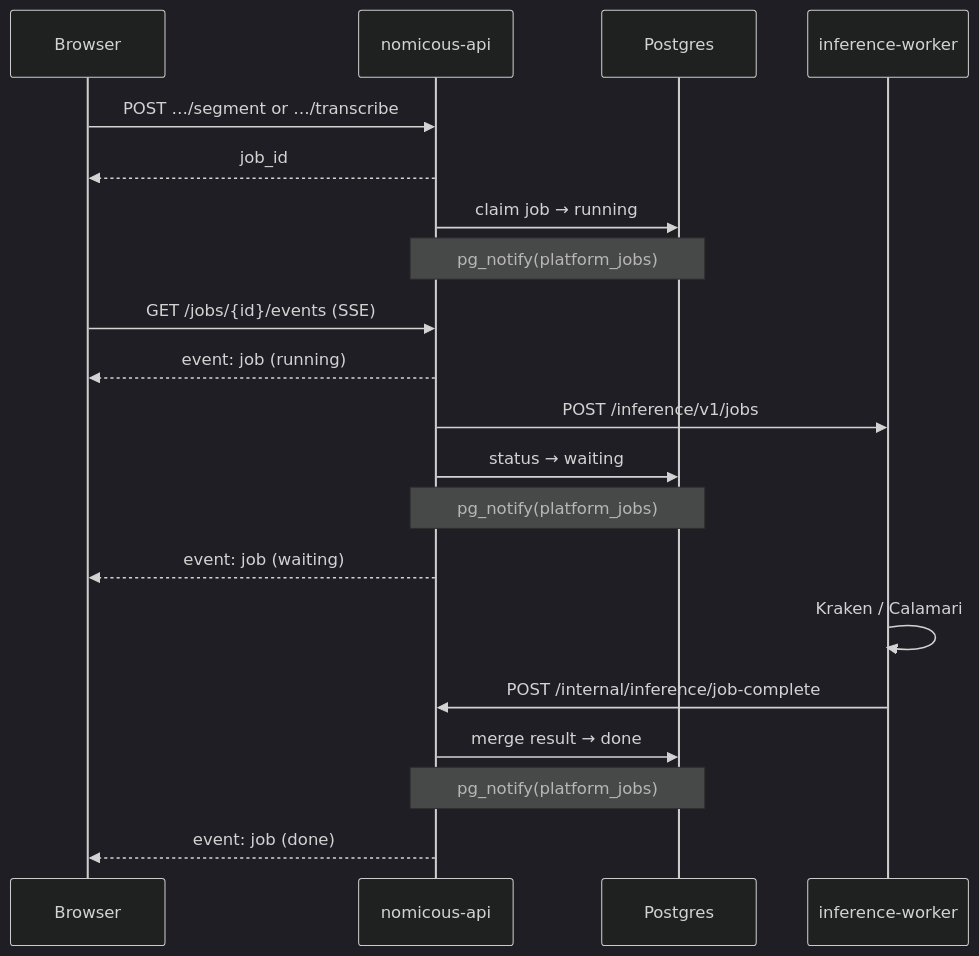
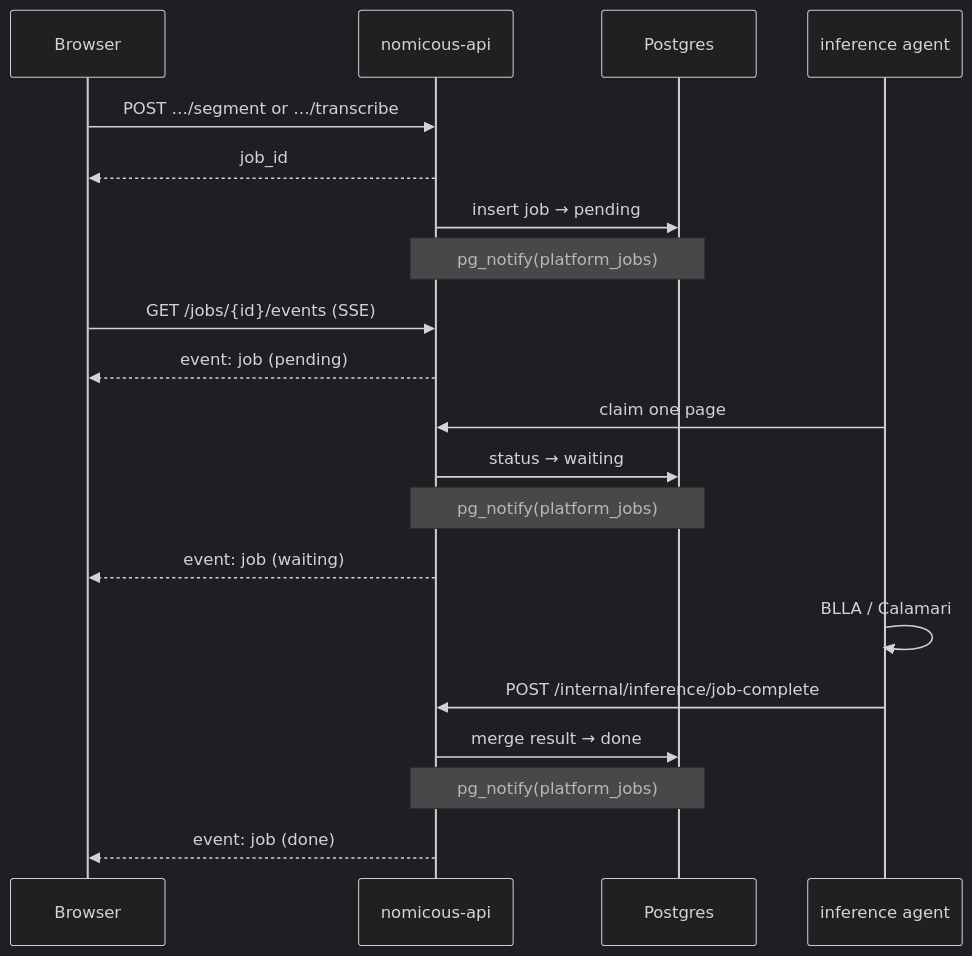
One commit to kkkamur07/greekOCR changed the second of 3 diagrams in nomicous/backend/README.md. Above: the diagram before and after it, drawn with Mermaid (dark theme). The commit also changed other lines of this file and 31 other files, not shown here.

First line of the commit message:
build: remove the inference-api container and its Postgres dependencies

````diff
--- a/nomicous/backend/README.md
+++ b/nomicous/backend/README.md
@@ -124,23 +124,23 @@
 ```mermaid
 sequenceDiagram
   participant B as Browser
   participant API as nomicous-api
   participant PG as Postgres
-  participant INF as inference-worker
+  participant INF as inference agent
 
   B->>API: POST …/segment or …/transcribe
   API-->>B: job_id
-  API->>PG: claim job → running
+  API->>PG: insert job → pending
   Note over API,PG: pg_notify(platform_jobs)
   B->>API: GET /jobs/{id}/events (SSE)
-  API-->>B: event: job (running)
-  API->>INF: POST /inference/v1/jobs
+  API-->>B: event: job (pending)
+  INF->>API: claim one page
   API->>PG: status → waiting
   Note over API,PG: pg_notify(platform_jobs)
   API-->>B: event: job (waiting)
-  INF->>INF: Kraken / Calamari
+  INF->>INF: BLLA / Calamari
   INF->>API: POST /internal/inference/job-complete
   API->>PG: merge result → done
   Note over API,PG: pg_notify(platform_jobs)
   API-->>B: event: job (done)
 ```
````
